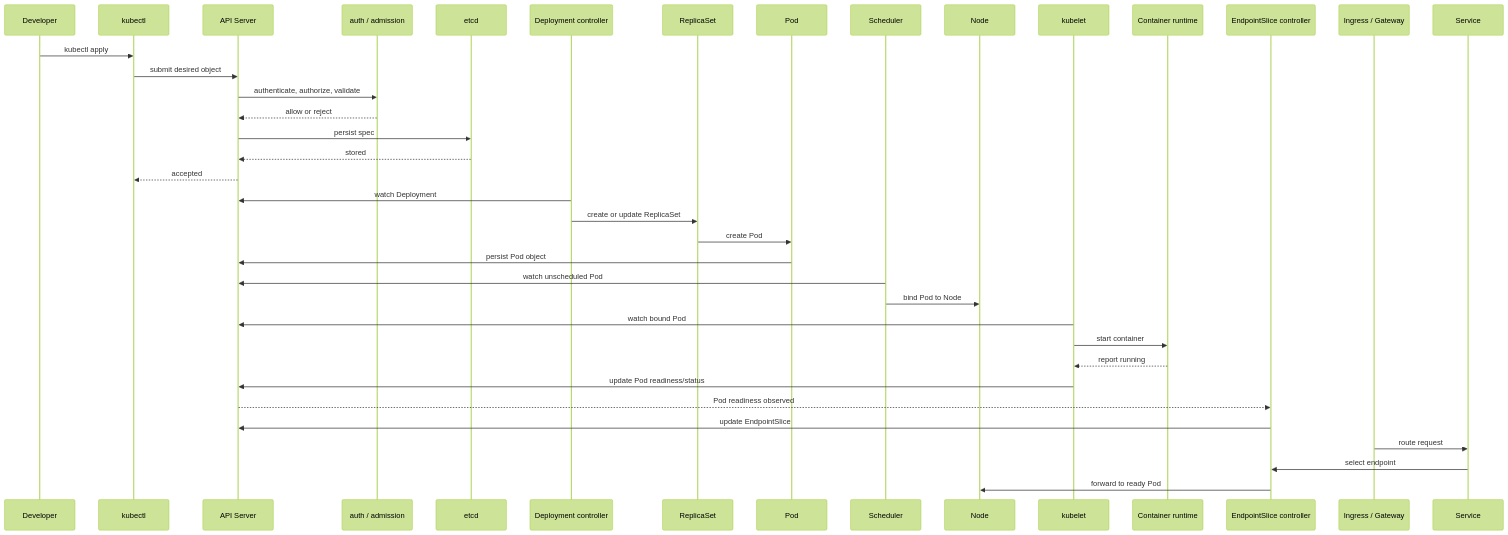
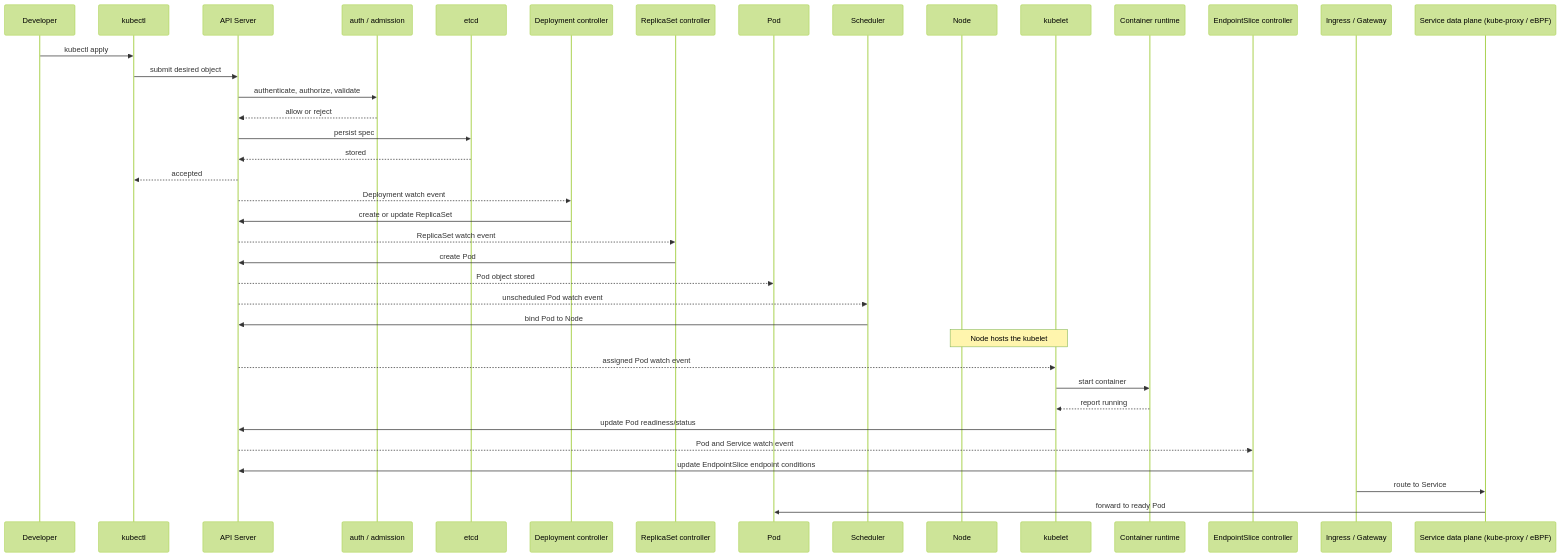
One commit to liufashi-Mr/cloud-native-docs changed the diagram in docs/guide/deployment-flow.md. Above: the diagram before and after it, drawn with Mermaid (forest theme). The commit also changed other lines of this file and 2 other files, not shown here.

Commit message:
fix: correct kubernetes relationship semantics

````diff
--- a/docs/guide/deployment-flow.md
+++ b/docs/guide/deployment-flow.md
@@ -5,41 +5,42 @@
 ```mermaid
 sequenceDiagram
   participant D as Developer
   participant K as kubectl
   participant A as API Server
   participant AD as auth / admission
   participant E as etcd
   participant DC as Deployment controller
-  participant RC as ReplicaSet
+  participant RC as ReplicaSet controller
   participant P as Pod
   participant S as Scheduler
   participant N as Node
   participant KL as kubelet
   participant CR as Container runtime
   participant EP as EndpointSlice controller
   participant I as Ingress / Gateway
-  participant SV as Service
+  participant DP as Service data plane (kube-proxy / eBPF)
 
   D->>K: kubectl apply
   K->>A: submit desired object
   A->>AD: authenticate, authorize, validate
   AD-->>A: allow or reject
   A->>E: persist spec
   E-->>A: stored
   A-->>K: accepted
-  DC->>A: watch Deployment
-  DC->>RC: create or update ReplicaSet
-  RC->>P: create Pod
-  P->>A: persist Pod object
-  S->>A: watch unscheduled Pod
-  S->>N: bind Pod to Node
-  KL->>A: watch bound Pod
+  A-->>DC: Deployment watch event
+  DC->>A: create or update ReplicaSet
+  A-->>RC: ReplicaSet watch event
+  RC->>A: create Pod
+  A-->>P: Pod object stored
+  A-->>S: unscheduled Pod watch event
+  S->>A: bind Pod to Node
+  Note over N,KL: Node hosts the kubelet
+  A-->>KL: assigned Pod watch event
   KL->>CR: start container
   CR-->>KL: report running
   KL->>A: update Pod readiness/status
-  A-->>EP: Pod readiness observed
-  EP->>A: update EndpointSlice
-  I->>SV: route request
-  SV->>EP: select endpoint
-  EP->>N: forward to ready Pod
+  A-->>EP: Pod and Service watch event
+  EP->>A: update EndpointSlice endpoint conditions
+  I->>DP: route to Service
+  DP->>P: forward to ready Pod
 ```
````
